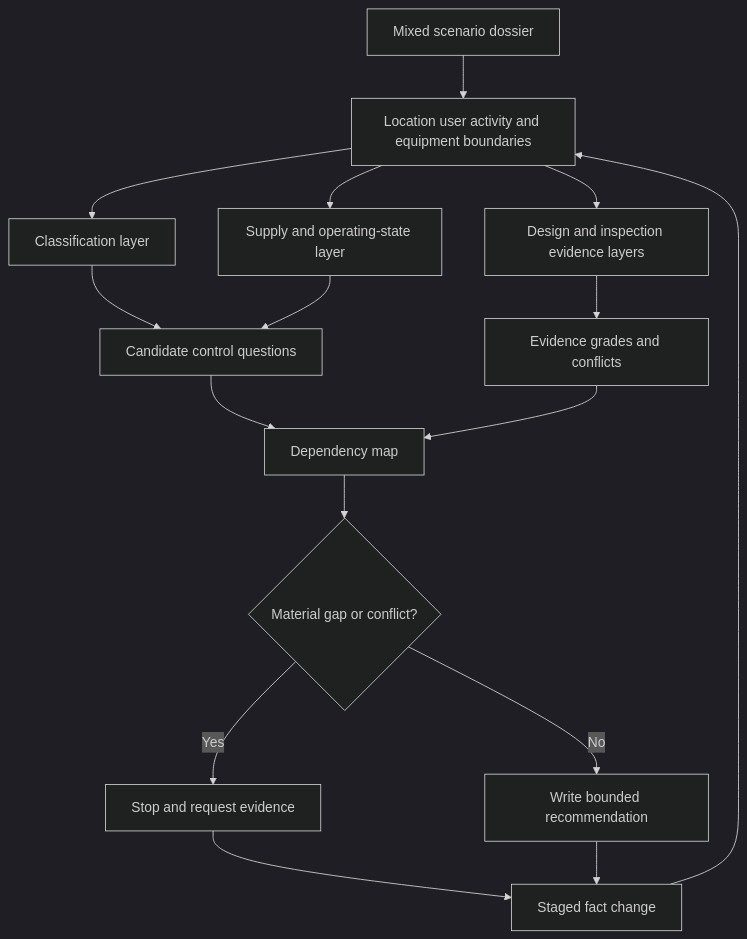
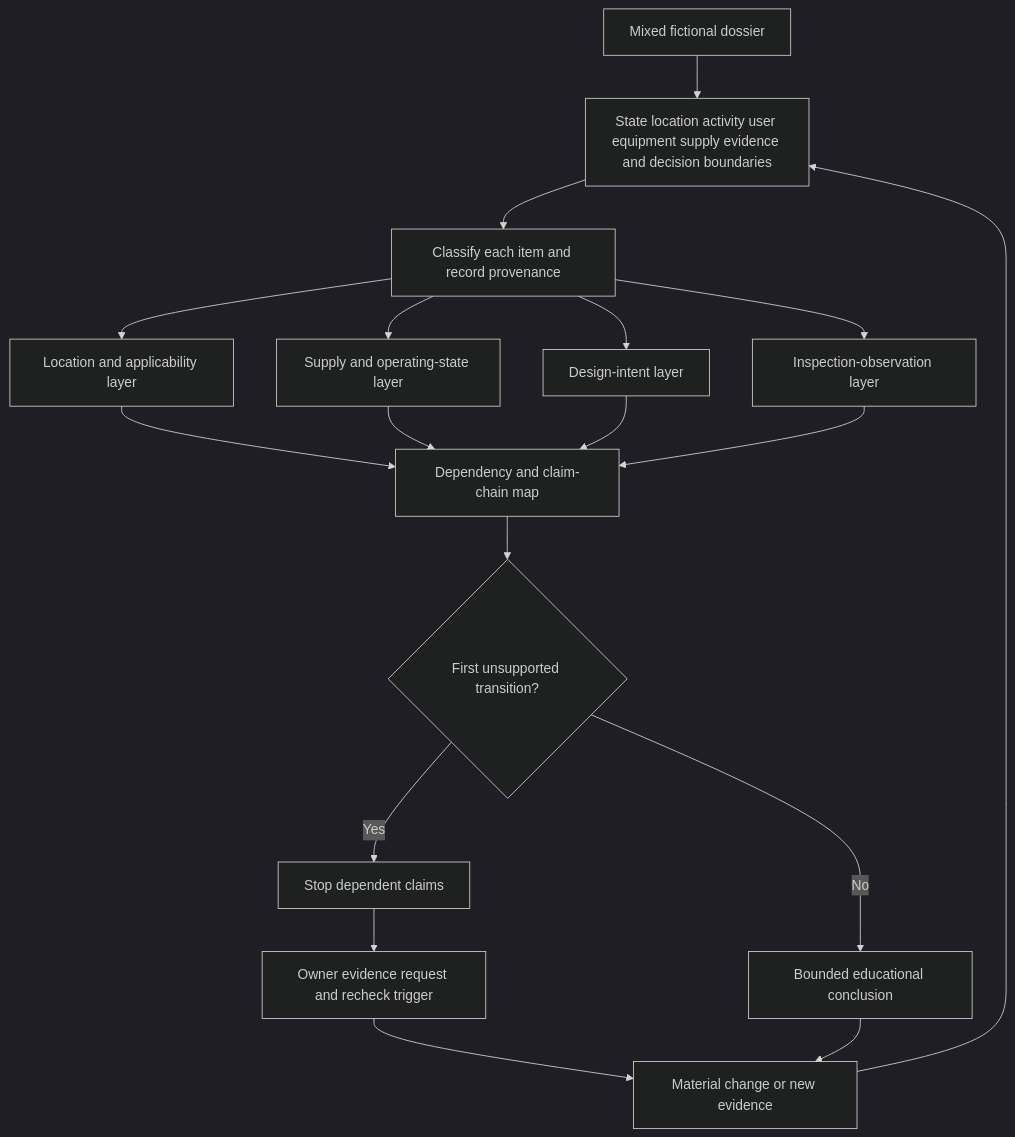
The first of 2 diagrams in docs/learning-plans/12-week/modules/day-55-mixed-special-location-scenario-workshop.md (andrew3stedall/capstone), drawn with Mermaid (dark theme) before and after one commit. The commit also changed other lines of this file and 3 other files, not shown here.

Commit message:
Improve Day 55 mixed special-location workshop

````diff
--- a/docs/learning-plans/12-week/modules/day-55-mixed-special-location-scenario-workshop.md
+++ b/docs/learning-plans/12-week/modules/day-55-mixed-special-location-scenario-workshop.md
@@ -88,18 +103,20 @@
 ```mermaid
 flowchart TD
-  A[Mixed scenario dossier] --> B[Location user activity and equipment boundaries]
-  B --> C[Classification layer]
-  B --> D[Supply and operating-state layer]
-  B --> E[Design and inspection evidence layers]
-  C --> F[Candidate control questions]
-  D --> F
-  E --> G[Evidence grades and conflicts]
-  F --> H[Dependency map]
+  A[Mixed fictional dossier] --> B[State location activity user equipment supply evidence and decision boundaries]
+  B --> C[Classify each item and record provenance]
+  C --> D[Location and applicability layer]
+  C --> E[Supply and operating-state layer]
+  C --> F[Design-intent layer]
+  C --> G[Inspection-observation layer]
+  D --> H[Dependency and claim-chain map]
+  E --> H
+  F --> H
   G --> H
-  H --> I{Material gap or conflict?}
-  I -->|Yes| J[Stop and request evidence]
-  I -->|No| K[Write bounded recommendation]
-  J --> L[Staged fact change]
-  K --> L
-  L --> B
+  H --> I{First unsupported transition?}
+  I -->|Yes| J[Stop dependent claims]
+  J --> K[Owner evidence request and recheck trigger]
+  I -->|No| L[Bounded educational conclusion]
+  K --> M[Material change or new evidence]
+  L --> M
+  M --> B
 ```
````
